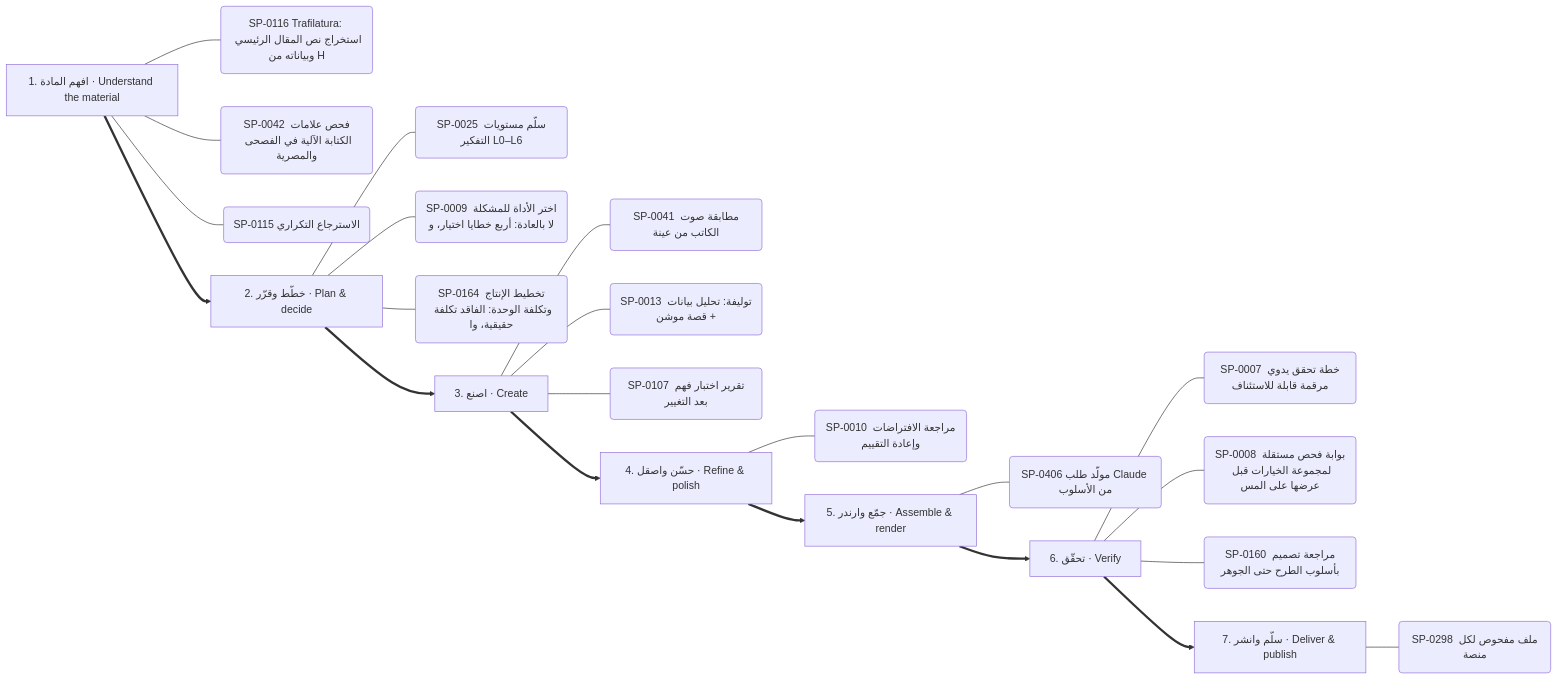
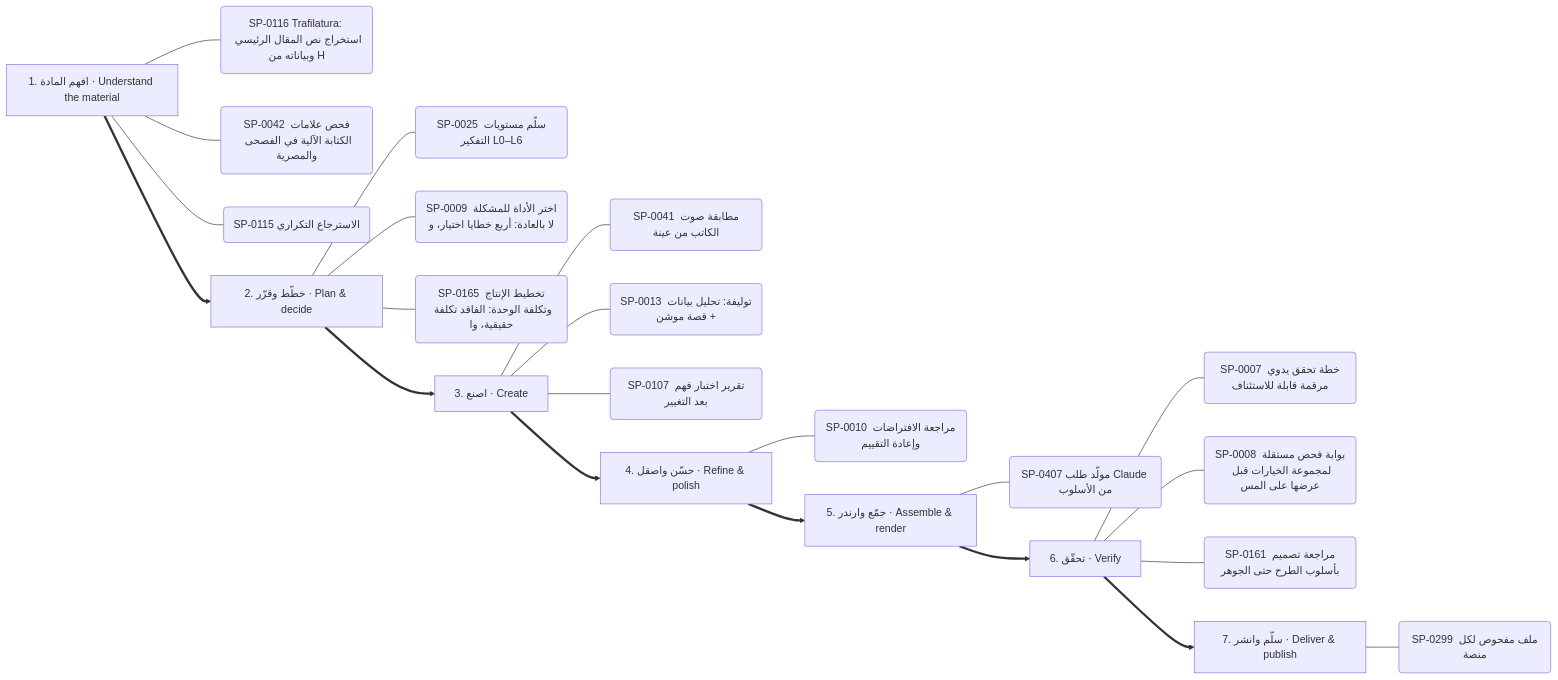
Before and after one commit to kosif199022-jpg/kosif-tool: diagram 13 of 13 in .claude/skills/kosif-superpowers/references/capability-mindmap.md, drawn with Mermaid. The commit also changed other lines of this file and 61 other files, not shown here.

````diff
--- a/.claude/skills/kosif-superpowers/references/capability-mindmap.md
+++ b/.claude/skills/kosif-superpowers/references/capability-mindmap.md
@@ -648,31 +648,31 @@
 ```mermaid
 flowchart LR
   S0["1. افهم المادة · Understand the material"]
   S0 --- S0_0("SP-0116 Trafilatura: استخراج نص المقال الرئيسي وبياناته من H")
   S0 --- S0_1("SP-0042 فحص علامات الكتابة الآلية في الفصحى والمصرية")
   S0 --- S0_2("SP-0115 الاسترجاع التكراري")
   S1["2. خطّط وقرّر · Plan & decide"]
   S1 --- S1_0("SP-0025 سلّم مستويات التفكير L0–L6")
   S1 --- S1_1("SP-0009 اختر الأداة للمشكلة لا بالعادة: أربع خطايا اختيار، و")
-  S1 --- S1_2("SP-0164 تخطيط الإنتاج وتكلفة الوحدة: الفاقد تكلفة حقيقية، وا")
+  S1 --- S1_2("SP-0165 تخطيط الإنتاج وتكلفة الوحدة: الفاقد تكلفة حقيقية، وا")
   S0 ==> S1
   S2["3. اصنع · Create"]
   S2 --- S2_0("SP-0041 مطابقة صوت الكاتب من عينة")
   S2 --- S2_1("SP-0013 توليفة: تحليل بيانات + قصة موشن")
   S2 --- S2_2("SP-0107 تقرير اختبار فهم بعد التغيير")
   S1 ==> S2
   S3["4. حسّن واصقل · Refine & polish"]
   S3 --- S3_0("SP-0010 مراجعة الافتراضات وإعادة التقييم")
   S2 ==> S3
   S4["5. جمّع وارندر · Assemble & render"]
-  S4 --- S4_0("SP-0406 مولّد طلب Claude من الأسلوب")
+  S4 --- S4_0("SP-0407 مولّد طلب Claude من الأسلوب")
   S3 ==> S4
   S5["6. تحقّق · Verify"]
   S5 --- S5_0("SP-0007 خطة تحقق يدوي مرقمة قابلة للاستئناف")
   S5 --- S5_1("SP-0008 بوابة فحص مستقلة لمجموعة الخيارات قبل عرضها على المس")
-  S5 --- S5_2("SP-0160 مراجعة تصميم بأسلوب الطرح حتى الجوهر")
+  S5 --- S5_2("SP-0161 مراجعة تصميم بأسلوب الطرح حتى الجوهر")
   S4 ==> S5
   S6["7. سلّم وانشر · Deliver & publish"]
-  S6 --- S6_0("SP-0298 ملف مفحوص لكل منصة")
+  S6 --- S6_0("SP-0299 ملف مفحوص لكل منصة")
   S5 ==> S6
 ```
````
